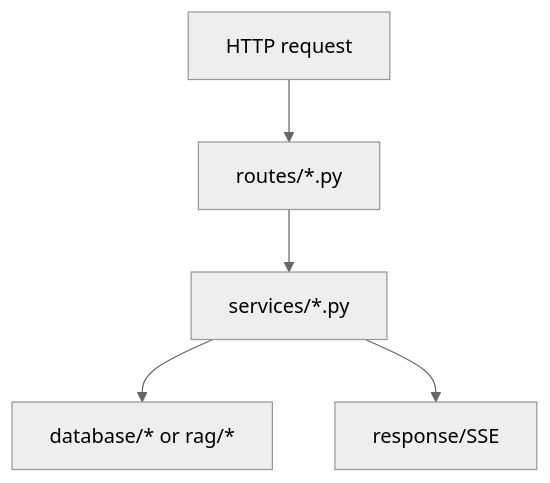
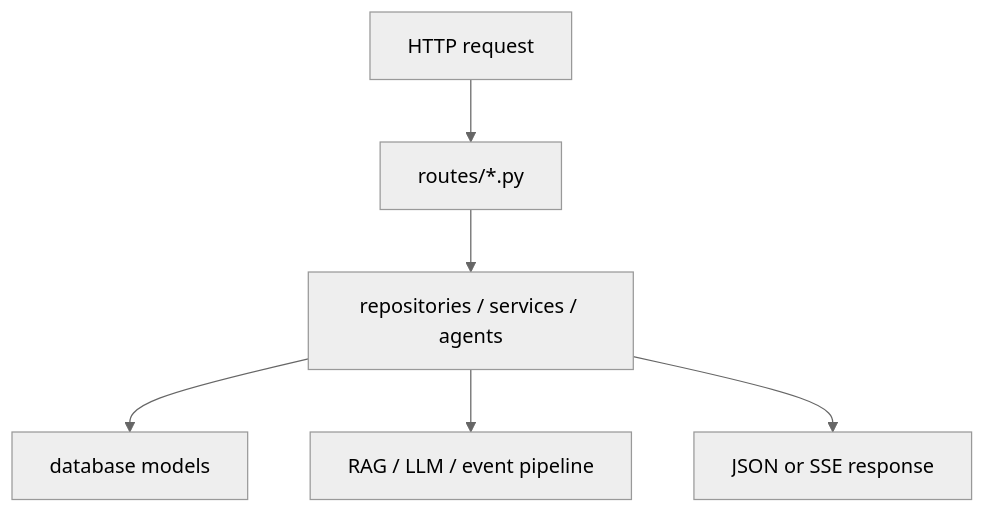
One commit to UniversitySoftwareStudio/Orbis changed the diagram in api/routes/README.md. Above: the diagram before and after it, drawn with Mermaid (neutral theme). The commit also changed other lines of this file and 147 other files, not shown here.

````diff
--- a/api/routes/README.md
+++ b/api/routes/README.md
@@ -11,7 +23,8 @@
 ```mermaid
 flowchart TD
   A[HTTP request] --> B[routes/*.py]
-  B --> C[services/*.py]
-  C --> D[database/* or rag/*]
-  C --> E[response/SSE]
+  B --> C[repositories / services / agents]
+  C --> D[database models]
+  C --> E[RAG / LLM / event pipeline]
+  C --> F[JSON or SSE response]
 ```
````
